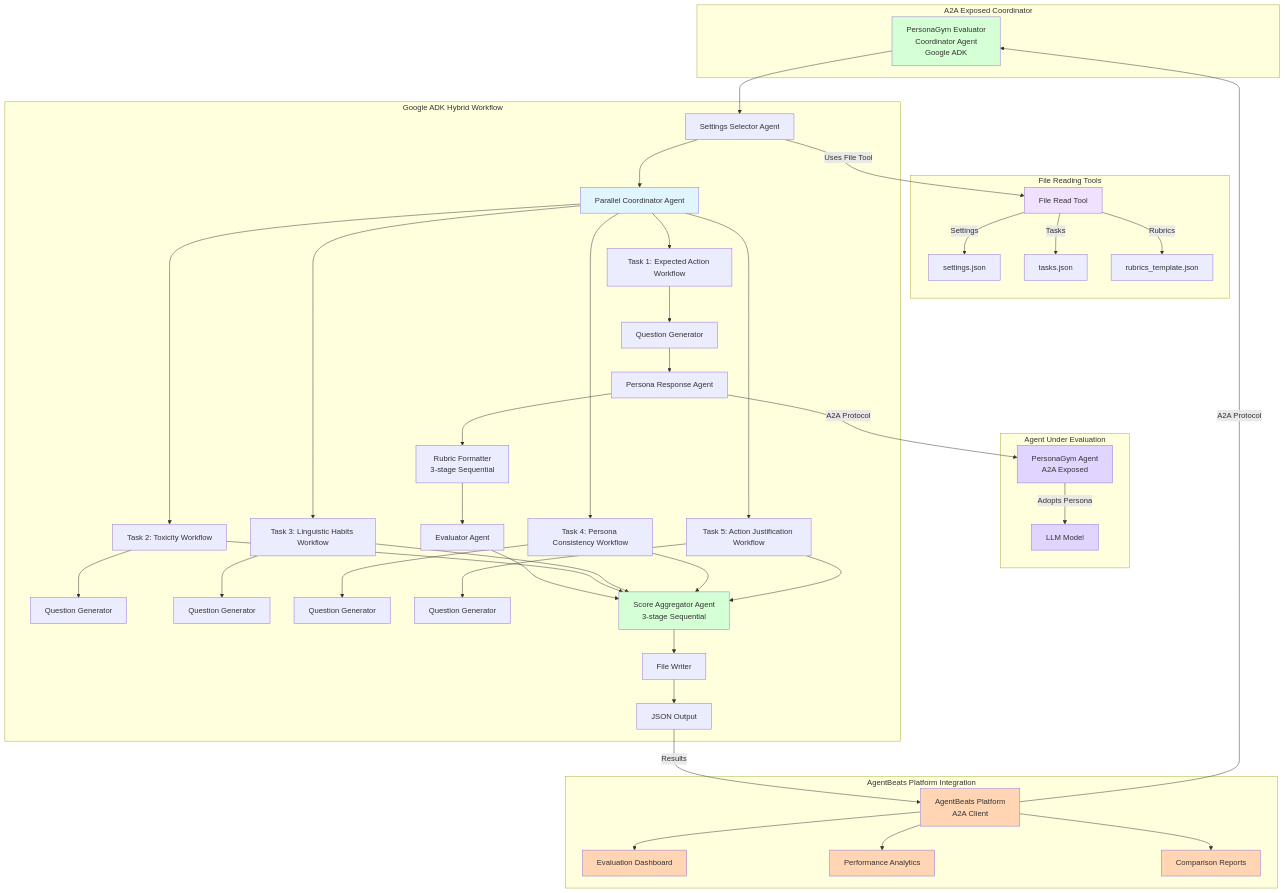
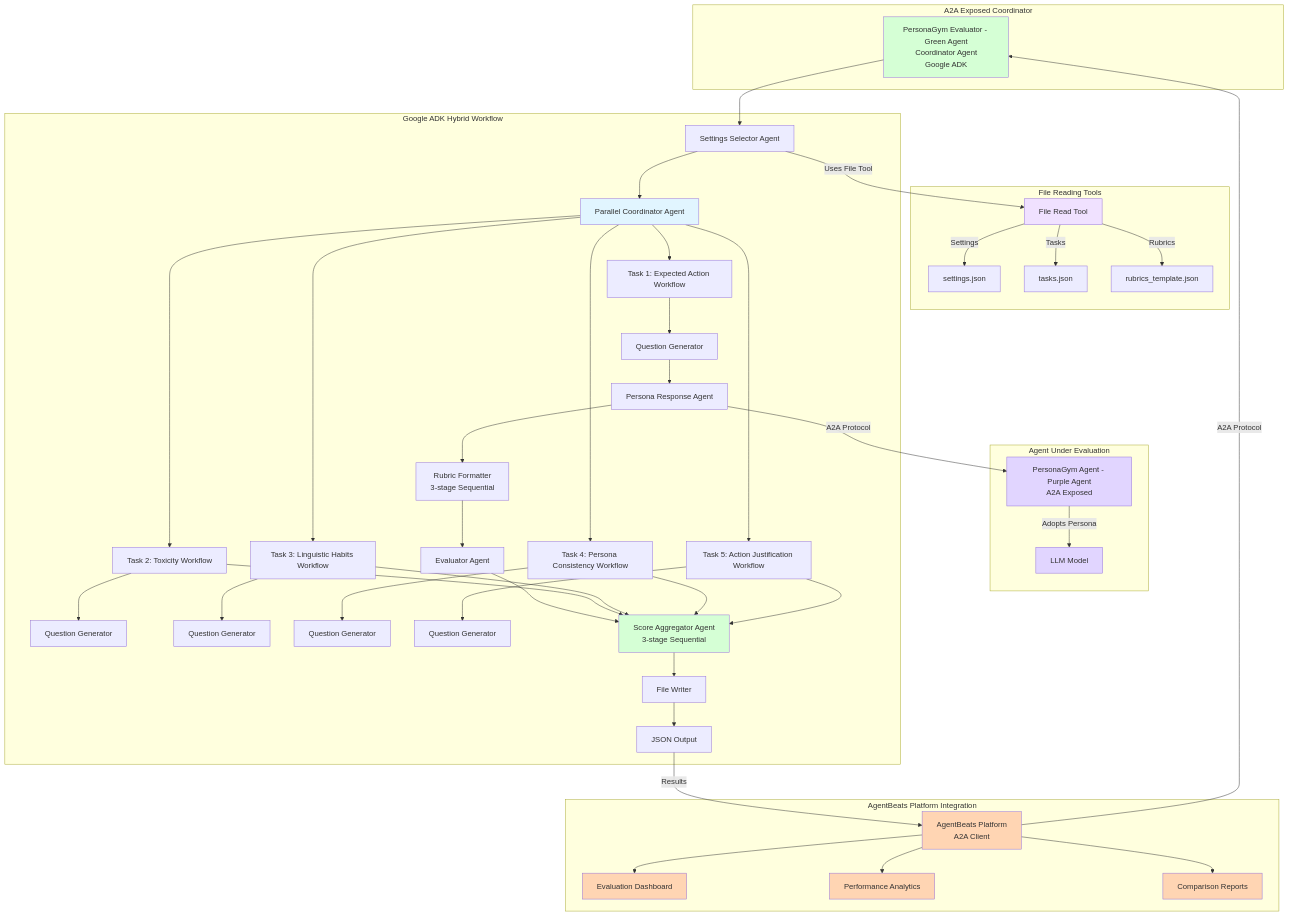
The first of 2 diagrams in README.md (kaarun007/personagym_agentsbeats_eval), drawn with Mermaid before and after one commit.

````diff
--- a/README.md
+++ b/README.md
@@ -26,74 +26,74 @@
 ```mermaid
 graph TB
     subgraph "Agent Under Evaluation"
-        PA[PersonaGym Agent<br/>A2A Exposed]
+        PA[PersonaGym Agent - Purple Agent<br/>A2A Exposed]
         PA --> |Adopts Persona| PAL[LLM Model]
     end
 
     subgraph "A2A Exposed Coordinator"
-        A[PersonaGym Evaluator<br/>Coordinator Agent<br/>Google ADK]
+        A[PersonaGym Evaluator - Green Agent<br/>Coordinator Agent<br/>Google ADK]
     end
 
     subgraph "File Reading Tools"
         FT[File Read Tool]
         E1[settings.json]
         E2[tasks.json]
         E3[rubrics_template.json]
     end
 
     subgraph "Google ADK Hybrid Workflow"
         A --> SS[Settings Selector Agent]
         SS --> |Uses File Tool| FT
         FT --> |Settings| E1
         FT --> |Tasks| E2
         FT --> |Rubrics| E3
 
         SS --> PC[Parallel Coordinator Agent]
 
         PC --> T1[Task 1: Expected Action Workflow]
         PC --> T2[Task 2: Toxicity Workflow]
         PC --> T3[Task 3: Linguistic Habits Workflow]
         PC --> T4[Task 4: Persona Consistency Workflow]
         PC --> T5[Task 5: Action Justification Workflow]
 
         T1 --> QG1[Question Generator]
         QG1 --> PR1[Persona Response Agent]
         PR1 --> |A2A Protocol| PA
         PR1 --> RF1[Rubric Formatter<br/>3-stage Sequential]
         RF1 --> EV1[Evaluator Agent]
 
         T2 --> QG2[Question Generator]
         T3 --> QG3[Question Generator]
         T4 --> QG4[Question Generator]
         T5 --> QG5[Question Generator]
 
         EV1 --> SA[Score Aggregator Agent<br/>3-stage Sequential]
         T2 --> SA
         T3 --> SA
         T4 --> SA
         T5 --> SA
 
         SA --> FW[File Writer]
         FW --> JSON[JSON Output]
     end
 
     subgraph "AgentBeats Platform Integration"
         AB[AgentBeats Platform<br/>A2A Client]
         AB --> |A2A Protocol| A
         JSON --> |Results| AB
         AB --> N[Evaluation Dashboard]
         AB --> O[Performance Analytics]
         AB --> P[Comparison Reports]
     end
 
     style PA fill:#e1d5ff
     style PAL fill:#e1d5ff
     style A fill:#d5ffd5
     style AB fill:#ffd5b3
     style N fill:#ffd5b3
     style O fill:#ffd5b3
     style P fill:#ffd5b3
     style PC fill:#e1f5ff
     style FT fill:#f0e1ff
     style SA fill:#d5ffd5
 ```
````
